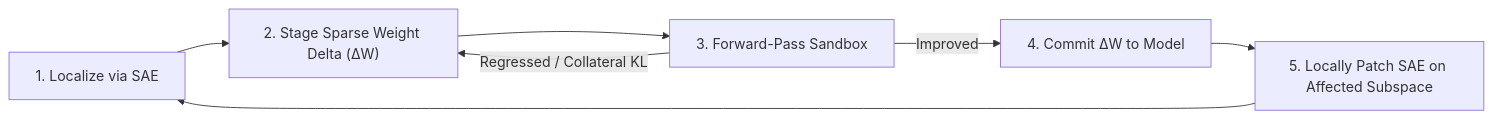
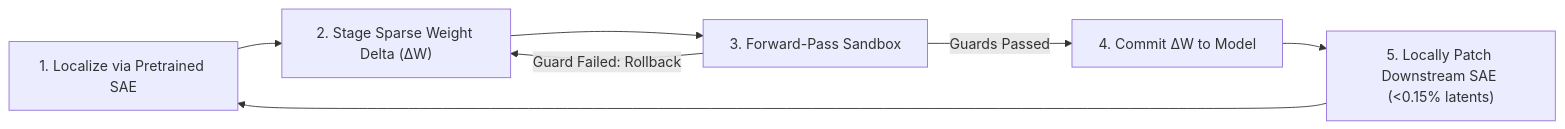
Before and after one commit to geryfabrega/metacognitive_weight_editing: the diagram in README.md, drawn with Mermaid. The commit also changed other lines of this file and 7 other files, not shown here.

Commit message:
Add end-to-end SAE weight editing sandbox, local SAE patcher, and first run results

````diff
--- a/README.md
+++ b/README.md
@@ -7,9 +7,9 @@
 ```mermaid
 flowchart LR
-    A["1. Localize via SAE"] --> B["2. Stage Sparse Weight Delta (ΔW)"]
+    A["1. Localize via Pretrained SAE"] --> B["2. Stage Sparse Weight Delta (ΔW)"]
     B --> C["3. Forward-Pass Sandbox"]
-    C -->|Regressed / Collateral KL| B
-    C -->|Improved| D["4. Commit ΔW to Model"]
-    D --> E["5. Locally Patch SAE on Affected Subspace"]
+    C -->|Guard Failed: Rollback| B
+    C -->|Guards Passed| D["4. Commit ΔW to Model"]
+    D --> E["5. Locally Patch Downstream SAE (<0.15% latents)"]
     E --> A
 ```
````
